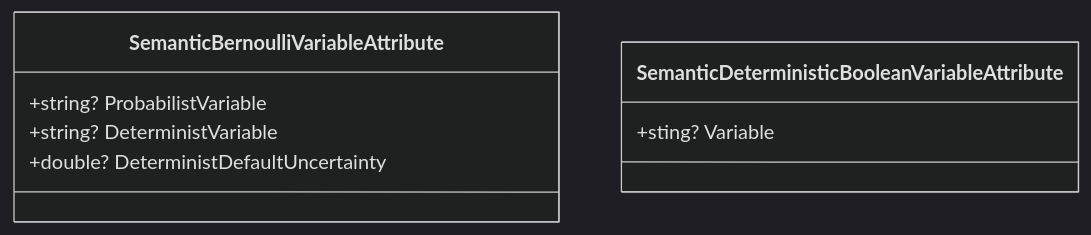
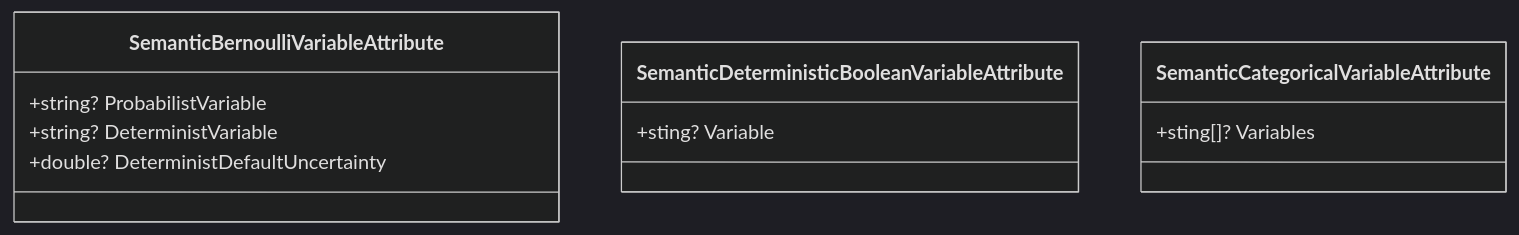
Before and after one commit to Open-Source-Drilling-Community/DotNetLibraries: the seventh of 10 diagrams in OSDC.DotnetLibraries.General/OSDC.DotnetLibraries.Drilling.DrillingProperties/readme.md, drawn with Mermaid (dark theme). The commit also changed other lines of this file and 17 other files, not shown here.

````diff
--- a/OSDC.DotnetLibraries.General/OSDC.DotnetLibraries.Drilling.DrillingProperties/readme.md
+++ b/OSDC.DotnetLibraries.General/OSDC.DotnetLibraries.Drilling.DrillingProperties/readme.md
@@ -334,11 +347,14 @@
 ```mermaid
 classDiagram
    class SemanticBernoulliVariableAttribute {
         +string? ProbabilistVariable
         +string? DeterministVariable
         +double? DeterministDefaultUncertainty
    }
    class SemanticDeterministicBooleanVariableAttribute {
         +sting? Variable
    }
+   class SemanticCategoricalVariableAttribute {
+        +sting[]? Variables
+   }
 ```
````
